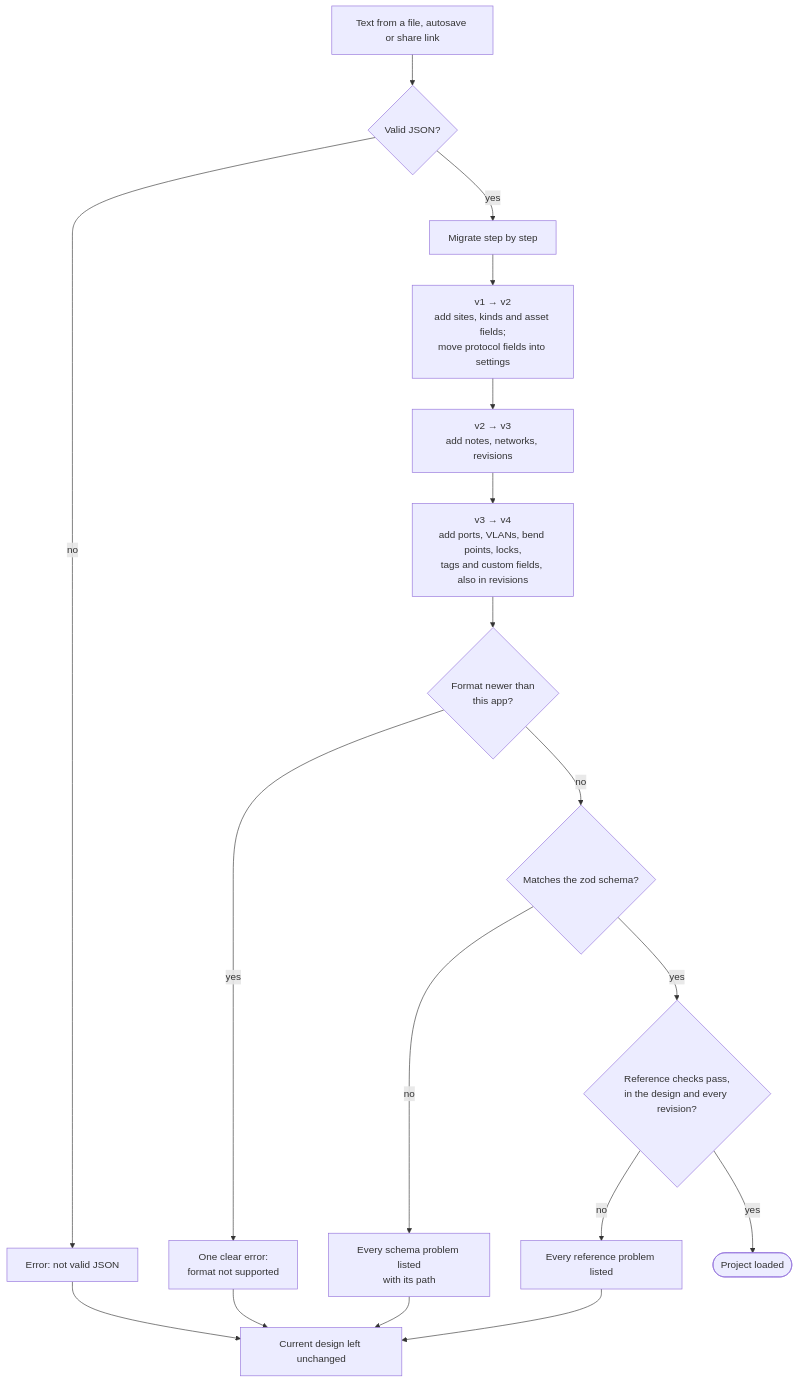
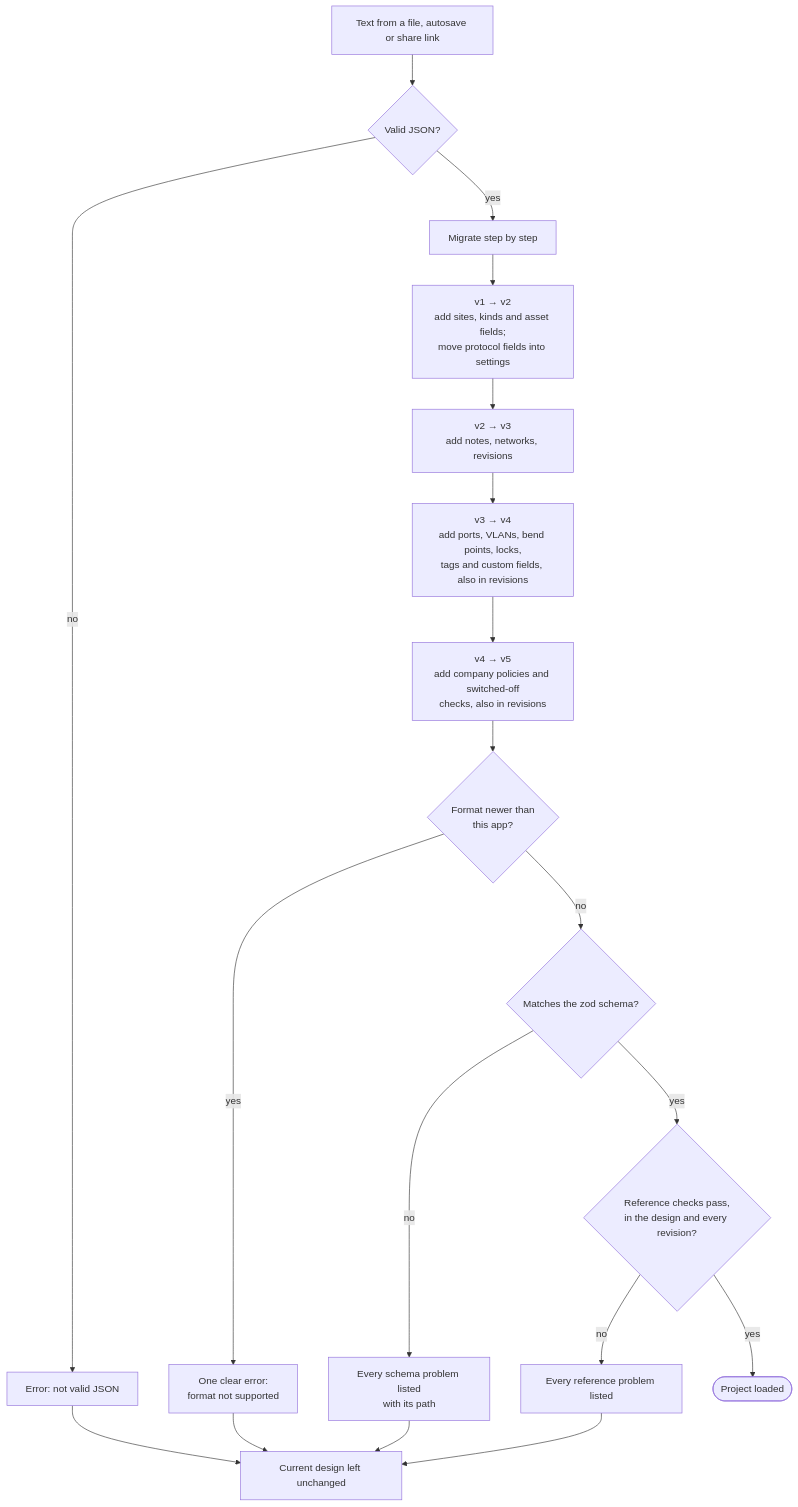
Diagram 16 of 32 in README.md (vijaykumargowdakk/ReSecArc), drawn with Mermaid before and after one commit. The commit also changed other lines of this file and 26 other files, not shown here.

````diff
--- a/README.md
+++ b/README.md
@@ -708,17 +737,18 @@
 ```mermaid
 flowchart TD
     A["Text from a file, autosave or share link"] --> B{"Valid JSON?"}
     B -- "no" --> E1["Error: not valid JSON"]
     B -- "yes" --> C["Migrate step by step"]
     C --> C1["v1 → v2<br/>add sites, kinds and asset fields;<br/>move protocol fields into settings"]
     C1 --> C2["v2 → v3<br/>add notes, networks, revisions"]
     C2 --> C3["v3 → v4<br/>add ports, VLANs, bend points, locks,<br/>tags and custom fields, also in revisions"]
-    C3 --> D{"Format newer than<br/>this app?"}
+    C3 --> C4["v4 → v5<br/>add company policies and switched-off<br/>checks, also in revisions"]
+    C4 --> D{"Format newer than<br/>this app?"}
     D -- "yes" --> E2["One clear error:<br/>format not supported"]
     D -- "no" --> F{"Matches the zod schema?"}
     F -- "no" --> E3["Every schema problem listed<br/>with its path"]
     F -- "yes" --> G{"Reference checks pass,<br/>in the design and every revision?"}
     G -- "no" --> E4["Every reference problem listed"]
     G -- "yes" --> OK(["Project loaded"])
     E1 & E2 & E3 & E4 --> KEEP["Current design left unchanged"]
 ```
````
